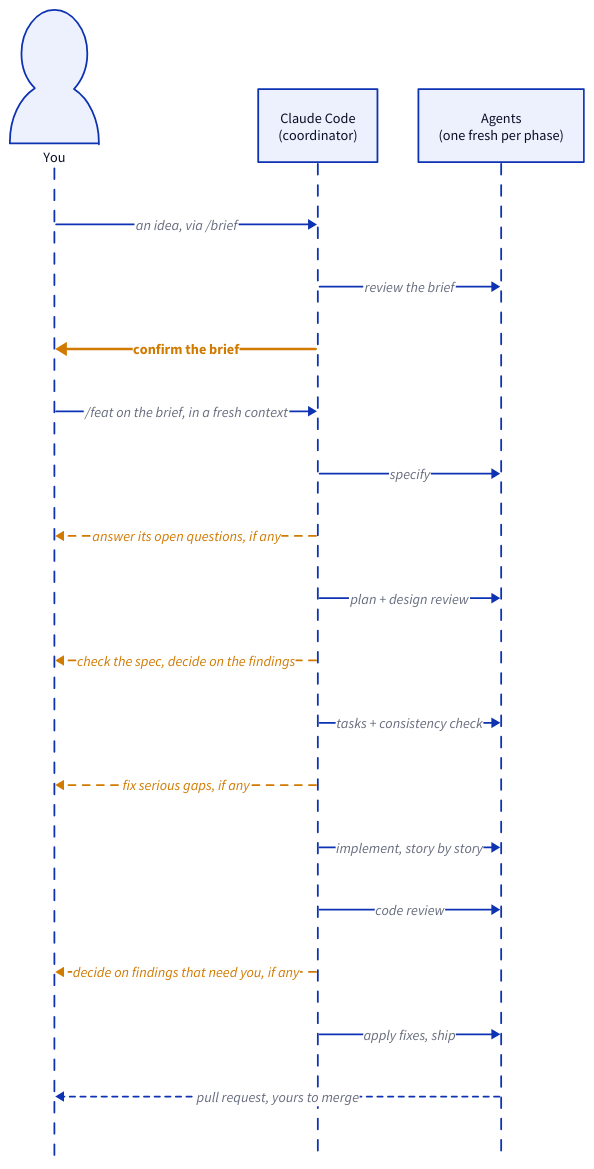
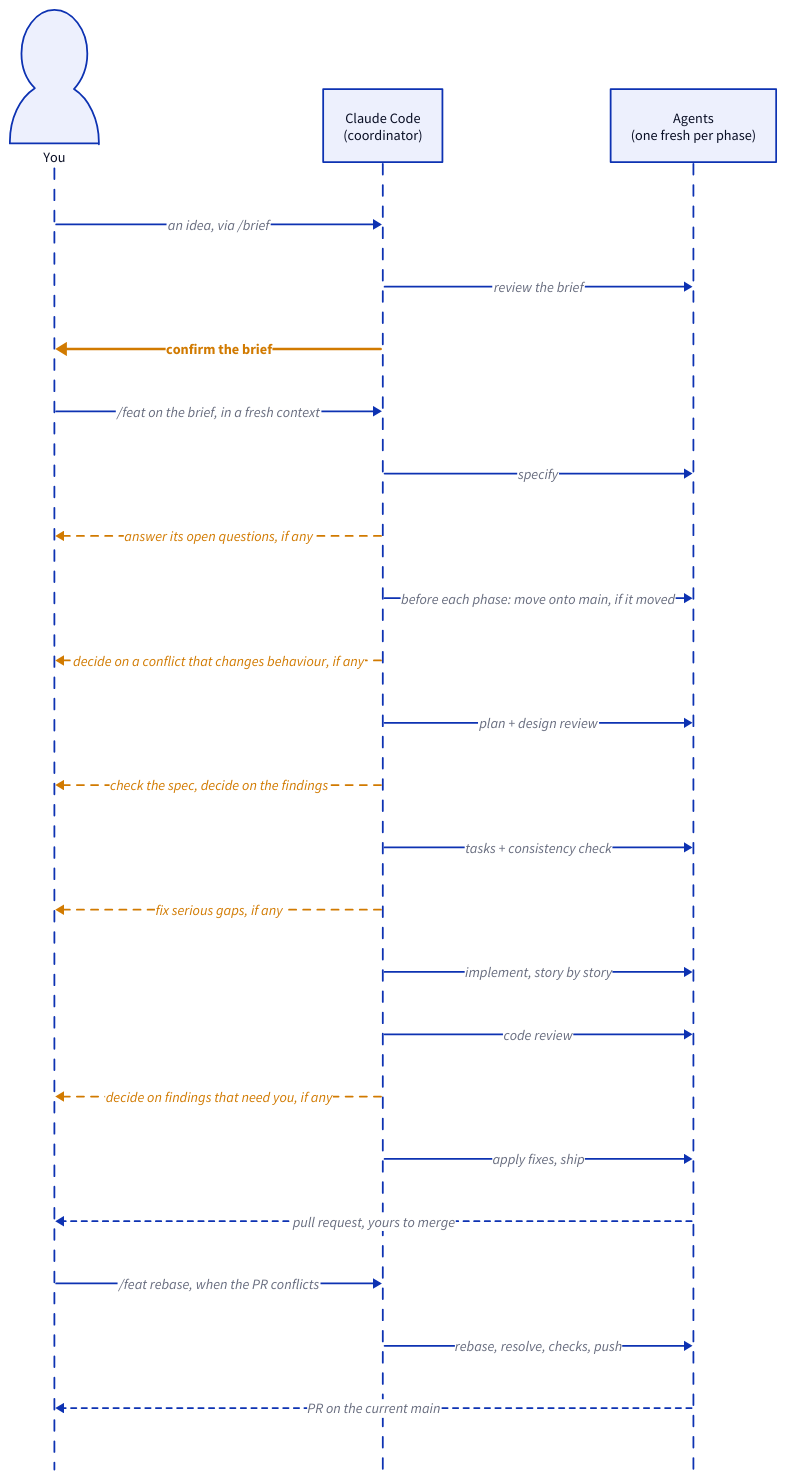
One commit to pdemagny/feat-agent changed the diagram in docs/diagrams/gates.d2. Above: the diagram before and after it, drawn with D2. The commit also changed 18 other files, not shown here.

Commit message:
feat(feat): rebase shipped PRs onto main with /feat rebase and /fix rebase

```diff
--- a/docs/diagrams/gates.d2
+++ b/docs/diagrams/gates.d2
@@ -1,31 +1,36 @@
 # Who does what, and when the run waits for you (small and medium features).
 # Render with `mise run diagrams`; the SVG is docs/img/gates.svg.
 shape: sequence_diagram
 
 classes: {
   # always stops
   gate: {style: {stroke: "#d17a00"; stroke-width: 3; font-color: "#d17a00"; bold: true}}
   # stops only when something needs your call
   maybe: {style: {stroke: "#d17a00"; stroke-width: 2; stroke-dash: 4; font-color: "#d17a00"}}
   back: {style.stroke-dash: 3}
 }
 
 you: You {shape: person}
 cc: Claude Code\n(coordinator)
 agents: Agents\n(one fresh per phase)
 
 you -> cc: an idea, via /brief
 cc -> agents: review the brief
 cc -> you: confirm the brief {class: gate}
 you -> cc: /feat on the brief, in a fresh context
 cc -> agents: specify
 cc -> you: answer its open questions, if any {class: maybe}
+cc -> agents: before each phase: move onto main, if it moved
+cc -> you: decide on a conflict that changes behaviour, if any {class: maybe}
 cc -> agents: plan + design review
 cc -> you: check the spec, decide on the findings {class: maybe}
 cc -> agents: tasks + consistency check
 cc -> you: fix serious gaps, if any {class: maybe}
 cc -> agents: implement, story by story
 cc -> agents: code review
 cc -> you: decide on findings that need you, if any {class: maybe}
 cc -> agents: apply fixes, ship
 agents -> you: pull request, yours to merge {class: back}
+you -> cc: /feat rebase, when the PR conflicts
+cc -> agents: rebase, resolve, checks, push
+agents -> you: PR on the current main {class: back}
```
